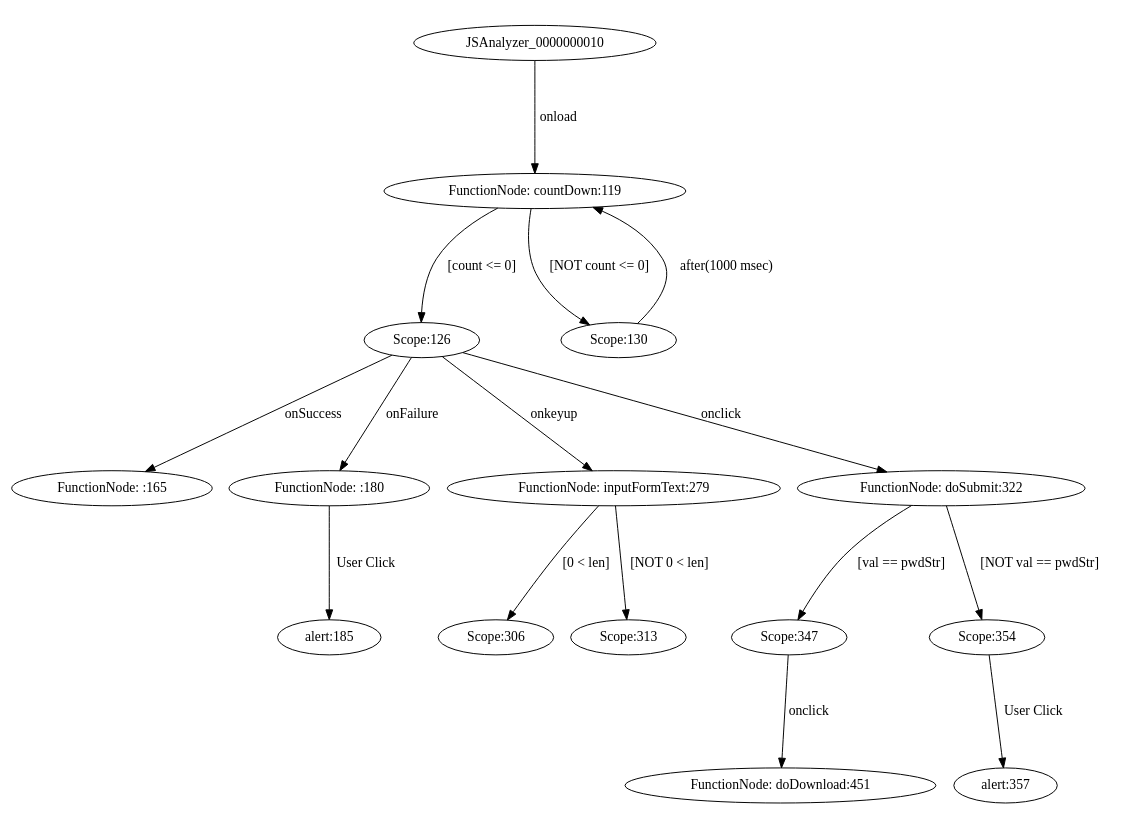
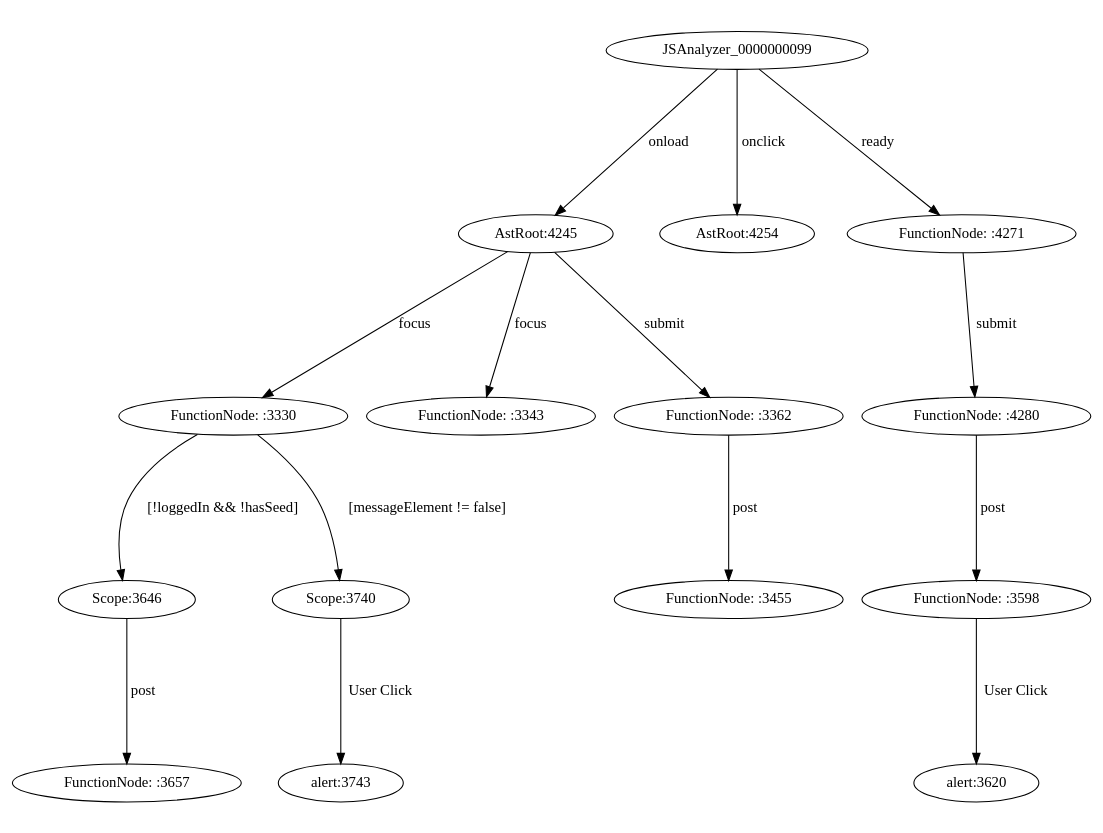
One commit to mzw/JSAnalyzer changed the diagram in projects/project/model/acg.dot. Above: the diagram before and after it, drawn with Graphviz. The commit also changed 323 other files, not shown here.

```diff
--- a/projects/project/model/acg.dot
+++ b/projects/project/model/acg.dot
@@ -1,34 +1,33 @@
 digraph CallGraph {
 size="15.0,10.0";
 ratio="0.75";
-JSAnalyzer_0000000010;
-JSAnalyzer_0000000119[label="FunctionNode: countDown:119"];
-JSAnalyzer_0000000126[label="Scope:126"];
-JSAnalyzer_0000000130[label="Scope:130"];
-JSAnalyzer_0000000165[label="FunctionNode: :165"];
-JSAnalyzer_0000000180[label="FunctionNode: :180"];
-JSAnalyzer_0000000279[label="FunctionNode: inputFormText:279"];
-JSAnalyzer_0000000306[label="Scope:306"];
-JSAnalyzer_0000000313[label="Scope:313"];
-JSAnalyzer_0000000322[label="FunctionNode: doSubmit:322"];
-JSAnalyzer_0000000347[label="Scope:347"];
-JSAnalyzer_0000000354[label="Scope:354"];
-JSAnalyzer_0000000451[label="FunctionNode: doDownload:451"];
-JSAnalyzer_0000000185[label="alert:185"];
-JSAnalyzer_0000000357[label="alert:357"];
-JSAnalyzer_0000000119 -> JSAnalyzer_0000000126[label="[count <= 0]"];
-JSAnalyzer_0000000119 -> JSAnalyzer_0000000130[label="[NOT count <= 0]"];
-JSAnalyzer_0000000279 -> JSAnalyzer_0000000306[label="[0 < len]"];
-JSAnalyzer_0000000279 -> JSAnalyzer_0000000313[label="[NOT 0 < len]"];
-JSAnalyzer_0000000322 -> JSAnalyzer_0000000347[label="[val == pwdStr]"];
-JSAnalyzer_0000000322 -> JSAnalyzer_0000000354[label="[NOT val == pwdStr]"];
-JSAnalyzer_0000000010 -> JSAnalyzer_0000000119[label="onload"];
-JSAnalyzer_0000000130 -> JSAnalyzer_0000000119[label="after(1000 msec)"];
-JSAnalyzer_0000000126 -> JSAnalyzer_0000000165[label="onSuccess"];
-JSAnalyzer_0000000126 -> JSAnalyzer_0000000180[label="onFailure"];
-JSAnalyzer_0000000180 -> JSAnalyzer_0000000185[label="User Click"];
-JSAnalyzer_0000000126 -> JSAnalyzer_0000000279[label="onkeyup"];
-JSAnalyzer_0000000126 -> JSAnalyzer_0000000322[label="onclick"];
-JSAnalyzer_0000000354 -> JSAnalyzer_0000000357[label="User Click"];
-JSAnalyzer_0000000347 -> JSAnalyzer_0000000451[label="onclick"];
+JSAnalyzer_0000000099;
+JSAnalyzer_0000003330[label="FunctionNode: :3330"];
+JSAnalyzer_0000003343[label="FunctionNode: :3343"];
+JSAnalyzer_0000003362[label="FunctionNode: :3362"];
+JSAnalyzer_0000003455[label="FunctionNode: :3455"];
+JSAnalyzer_0000003598[label="FunctionNode: :3598"];
+JSAnalyzer_0000003646[label="Scope:3646"];
+JSAnalyzer_0000003657[label="FunctionNode: :3657"];
+JSAnalyzer_0000003740[label="Scope:3740"];
+JSAnalyzer_0000004245[label="AstRoot:4245"];
+JSAnalyzer_0000004254[label="AstRoot:4254"];
+JSAnalyzer_0000004271[label="FunctionNode: :4271"];
+JSAnalyzer_0000004280[label="FunctionNode: :4280"];
+JSAnalyzer_0000003620[label="alert:3620"];
+JSAnalyzer_0000003743[label="alert:3743"];
+JSAnalyzer_0000003330 -> JSAnalyzer_0000003646[label="[!loggedIn && !hasSeed]"];
+JSAnalyzer_0000003330 -> JSAnalyzer_0000003740[label="[messageElement != false]"];
+JSAnalyzer_0000000099 -> JSAnalyzer_0000004245[label="onload"];
+JSAnalyzer_0000000099 -> JSAnalyzer_0000004254[label="onclick"];
+JSAnalyzer_0000004245 -> JSAnalyzer_0000003330[label="focus"];
+JSAnalyzer_0000004245 -> JSAnalyzer_0000003343[label="focus"];
+JSAnalyzer_0000004245 -> JSAnalyzer_0000003362[label="submit"];
+JSAnalyzer_0000003362 -> JSAnalyzer_0000003455[label="post"];
+JSAnalyzer_0000004280 -> JSAnalyzer_0000003598[label="post"];
+JSAnalyzer_0000003598 -> JSAnalyzer_0000003620[label="User Click"];
+JSAnalyzer_0000003646 -> JSAnalyzer_0000003657[label="post"];
+JSAnalyzer_0000003740 -> JSAnalyzer_0000003743[label="User Click"];
+JSAnalyzer_0000000099 -> JSAnalyzer_0000004271[label="ready"];
+JSAnalyzer_0000004271 -> JSAnalyzer_0000004280[label="submit"];
 }
```
